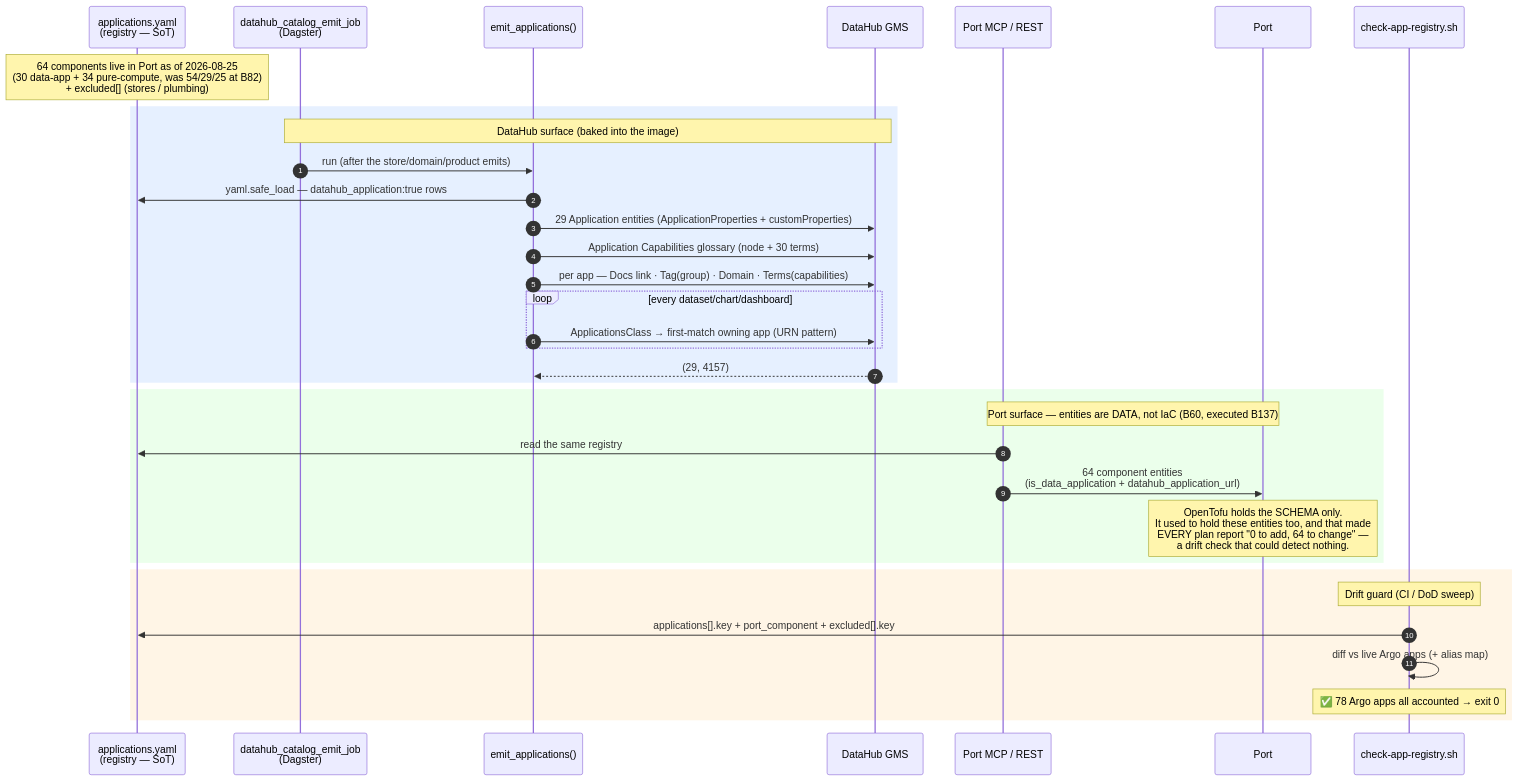
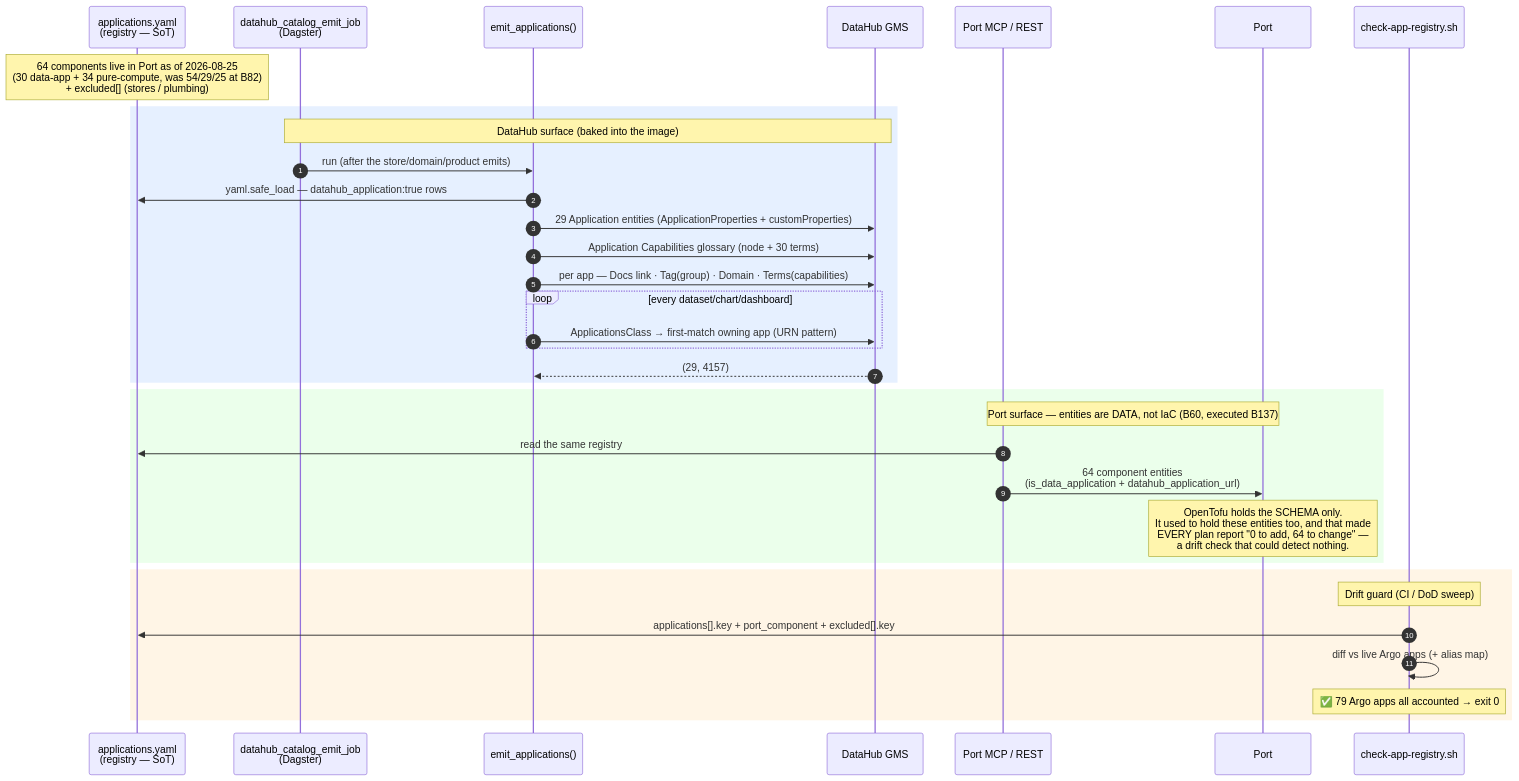
One commit to edtbl76/weyland-lab changed the diagram in docs/diagrams/flow-application-taxonomy.md. Above: the diagram before and after it, drawn with Mermaid. The commit also changed 17 other files, not shown here.

````diff
--- a/docs/diagrams/flow-application-taxonomy.md
+++ b/docs/diagrams/flow-application-taxonomy.md
@@ -6,40 +6,40 @@
 ```mermaid
 sequenceDiagram
     autonumber
     participant REG as applications.yaml<br/>(registry — SoT)
     participant JOB as datahub_catalog_emit_job<br/>(Dagster)
     participant EMIT as emit_applications()
     participant GMS as DataHub GMS
     participant MCP as Port MCP / REST
     participant PORT as Port
     participant CHK as check-app-registry.sh
 
     Note over REG: 64 components live in Port as of 2026-08-25<br/>(30 data-app + 34 pure-compute, was 54/29/25 at B82)<br/>+ excluded[] (stores / plumbing)
 
     rect rgb(230,240,255)
     Note over JOB,GMS: DataHub surface (baked into the image)
     JOB->>EMIT: run (after the store/domain/product emits)
     EMIT->>REG: yaml.safe_load — datahub_application:true rows
     EMIT->>GMS: 29 Application entities (ApplicationProperties + customProperties)
     EMIT->>GMS: Application Capabilities glossary (node + 30 terms)
     EMIT->>GMS: per app — Docs link · Tag(group) · Domain · Terms(capabilities)
     loop every dataset/chart/dashboard
         EMIT->>GMS: ApplicationsClass → first-match owning app (URN pattern)
     end
     GMS-->>EMIT: (29, 4157)
     end
 
     rect rgb(235,255,235)
     Note over MCP,PORT: Port surface — entities are DATA, not IaC (B60, executed B137)
     MCP->>REG: read the same registry
     MCP->>PORT: 64 component entities<br/>(is_data_application + datahub_application_url)
     Note over PORT: OpenTofu holds the SCHEMA only.<br/>It used to hold these entities too, and that made<br/>EVERY plan report "0 to add, 64 to change" —<br/>a drift check that could detect nothing.
     end
 
     rect rgb(255,245,230)
     Note over CHK: Drift guard (CI / DoD sweep)
     CHK->>REG: applications[].key + port_component + excluded[].key
     CHK->>CHK: diff vs live Argo apps (+ alias map)
-    Note over CHK: ✅ 78 Argo apps all accounted → exit 0
+    Note over CHK: ✅ 79 Argo apps all accounted → exit 0
     end
 ```
````
